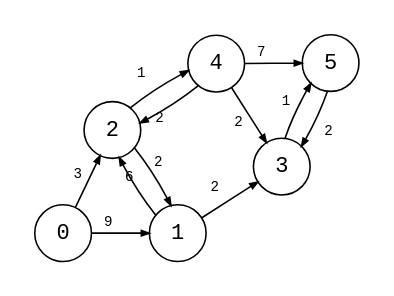
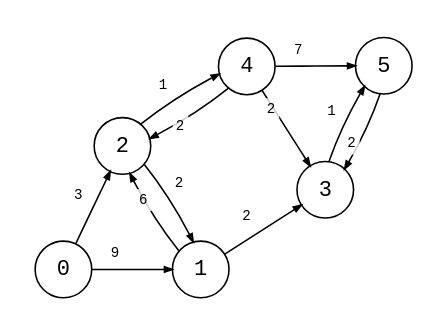
Before and after one commit to bsdrks/graaf-images: the diagram in src/bang_jensen_96.dot, drawn with Graphviz. The commit also changed 69 other files, not shown here.

```diff
--- a/src/bang_jensen_96.dot
+++ b/src/bang_jensen_96.dot
@@ -1,119 +1,120 @@
 digraph {
     node [shape=circle, fontname="monospace"];
     edge [arrowsize=0.5, fontname="monospace", fontsize=9];
     layout=neato;
     mode="sgd";
-    maxiter=10000;
+    maxiter=100000;
+    scale=1.2;
     normalize=true;
     pad=0.2;
 
     0 -> 1 [
         label=<
-            <table border="0" cellborder="0" cellspacing="0">
+            <table border="0" cellpadding="2" cellspacing="3">
                 <tr>
-                    <td>9</td>
+                    <td bgcolor="#ffffffcc">9</td>
                 </tr>
             </table>
         >
     ];
 
     0 -> 2 [
         label=<
-            <table border="0" cellborder="0" cellspacing="0">
+            <table border="0" cellpadding="2" cellspacing="3">
                 <tr>
-                    <td>3</td>
+                    <td bgcolor="#ffffffcc">3</td>
                 </tr>
             </table>
         >
     ];
 
     1 -> 2 [
         label=<
-            <table border="0" cellborder="0" cellspacing="1">
+            <table border="0" cellpadding="2" cellspacing="3">
                 <tr>
-                    <td>6</td>
+                    <td bgcolor="#ffffffcc">6</td>
                 </tr>
             </table>
         >
     ];
 
     1 -> 3 [
         label=<
-            <table border="0" cellborder="0" cellspacing="2">
+            <table border="0" cellpadding="2" cellspacing="3">
                 <tr>
-                    <td>2</td>
+                    <td bgcolor="#ffffffcc">2</td>
                 </tr>
             </table>
         >
     ];
 
     2 -> 1 [
         label=<
-            <table border="0" cellborder="0" cellspacing="0">
+            <table border="0" cellpadding="2" cellspacing="3">
                 <tr>
-                    <td>2</td>
+                    <td bgcolor="#ffffffcc">2</td>
                 </tr>
             </table>
         >
     ];
 
     2 -> 4 [
         label=<
-            <table border="0" cellborder="0" cellspacing="4">
+            <table border="0" cellpadding="2" cellspacing="3">
                 <tr>
-                    <td>1</td>
+                    <td bgcolor="#ffffffcc">1</td>
                 </tr>
             </table>
         >
     ];
 
     3 -> 5 [
         label=<
-            <table border="0" cellborder="0" cellspacing="1">
+            <table border="0" cellpadding="2" cellspacing="3">
                 <tr>
-                    <td>1</td>
+                    <td bgcolor="#ffffffcc">1</td>
                 </tr>
             </table>
         >
     ];
 
     4 -> 2 [
         label=<
-            <table border="0" cellborder="0" cellspacing="3">
+            <table border="0" cellpadding="2" cellspacing="3">
                 <tr>
-                    <td>2</td>
+                    <td bgcolor="#ffffffcc">2</td>
                 </tr>
             </table>
         >
     ];
 
     4 -> 3 [
         label=<
-            <table border="0" cellborder="0" cellspacing="0">
+            <table border="0" cellpadding="2" cellspacing="3">
                 <tr>
-                    <td>2</td>
+                    <td bgcolor="#ffffffcc">2</td>
                 </tr>
             </table>
         >
     ];
 
     4 -> 5 [
         label=<
-            <table border="0" cellborder="0" cellspacing="0">
+            <table border="0" cellpadding="2" cellspacing="3">
                 <tr>
-                    <td>7</td>
+                    <td bgcolor="#ffffffcc">7</td>
                 </tr>
             </table>
         >
     ];
 
     5 -> 3 [
         label=<
-            <table border="0" cellborder="0" cellspacing="3">
+            <table border="0" cellpadding="2" cellspacing="3">
                 <tr>
-                    <td>2</td>
+                    <td bgcolor="#ffffffcc">2</td>
                 </tr>
             </table>
         >
     ];
 }
```
